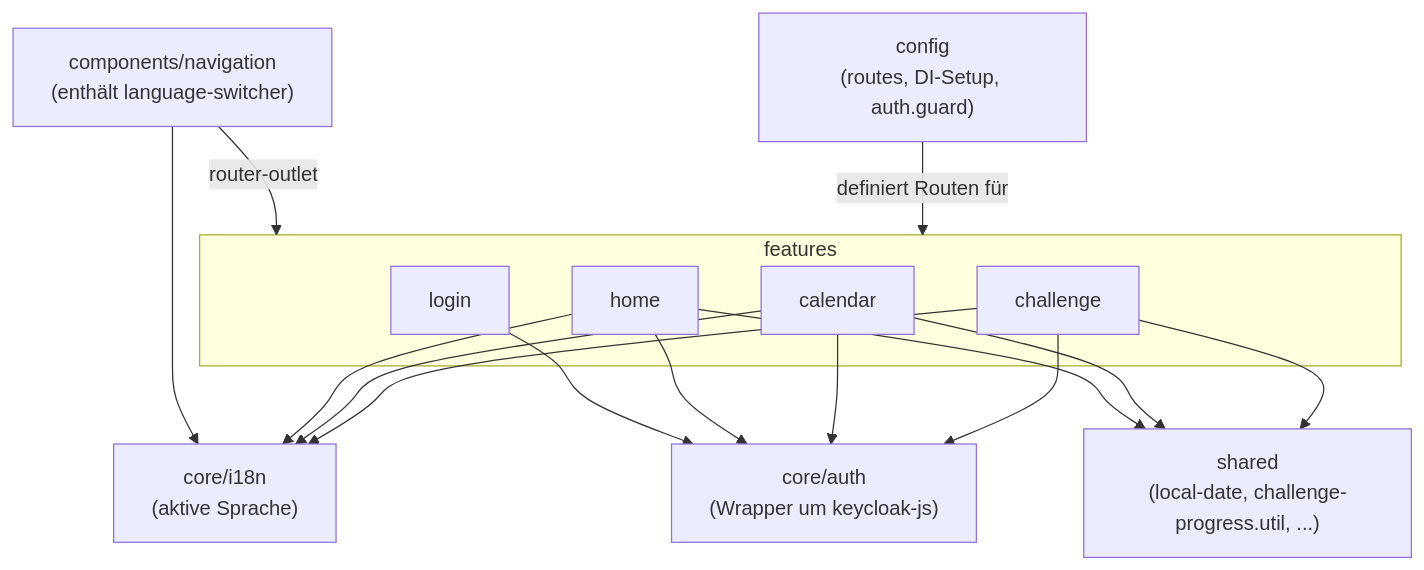
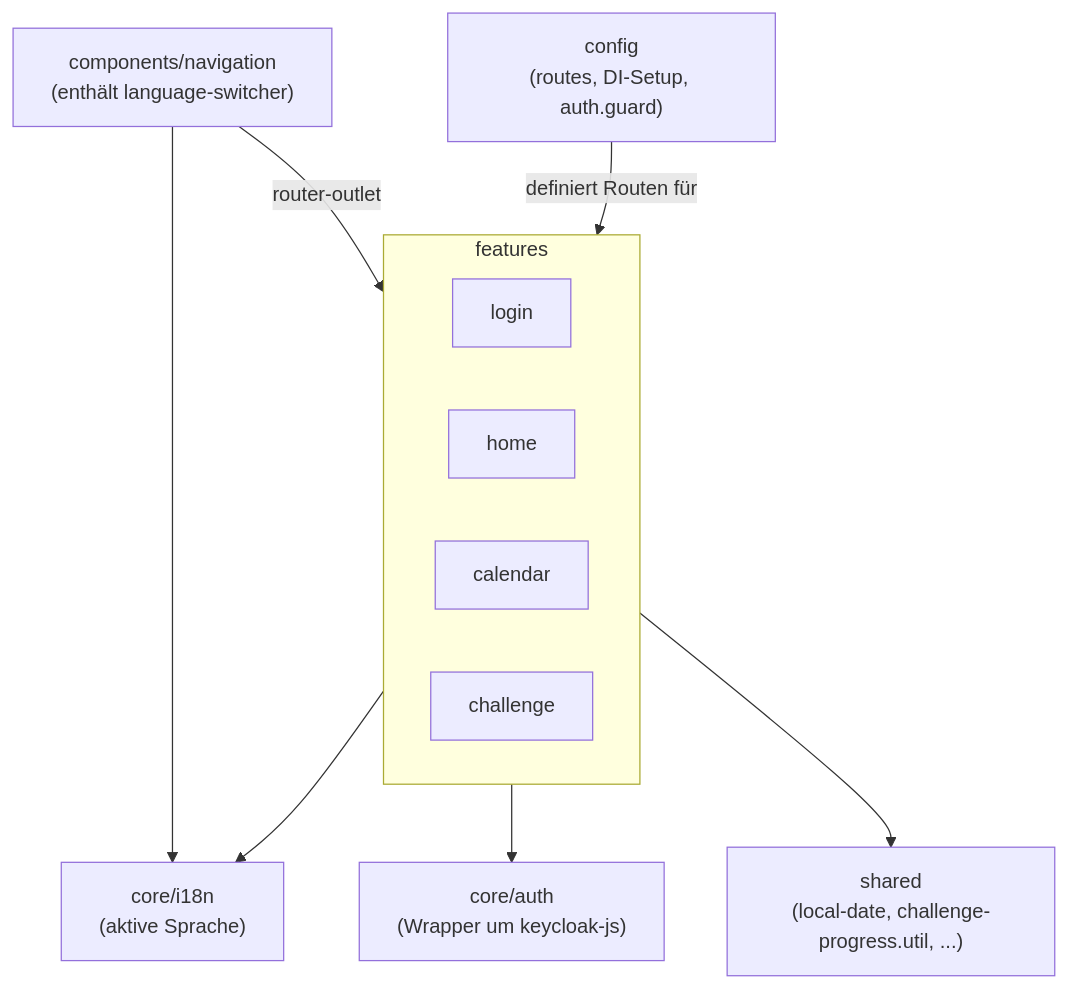
One commit to dominic-bieri/weblab-projekt changed the sixth of 10 diagrams in docs/Architekturdokumentation.md. Above: the diagram before and after it, drawn with Mermaid. The commit also changed other lines of this file, not shown here.

````diff
--- a/docs/Architekturdokumentation.md
+++ b/docs/Architekturdokumentation.md
@@ -161,28 +188,21 @@
 ```mermaid
 graph TB
     Nav["components/navigation<br/>(enthält language-switcher)"]
     config["config<br/>(routes, DI-Setup, auth.guard)"]
     subgraph features
         login[login]
         home[home]
         calendar[calendar]
         challenge[challenge]
     end
     core["core/auth<br/>(Wrapper um keycloak-js)"]
     i18n["core/i18n<br/>(aktive Sprache)"]
     shared["shared<br/>(local-date, challenge-progress.util, ...)"]
 
     Nav -- "router-outlet" --> features
     config -- "definiert Routen für" --> features
-    login --> core
-    home --> core
-    calendar --> core
-    challenge --> core
-    home --> shared
-    calendar --> shared
-    challenge --> shared
+    features --> core
+    features --> shared
+    features --> i18n
     Nav --> i18n
-    home --> i18n
-    calendar --> i18n
-    challenge --> i18n
 ```
````
